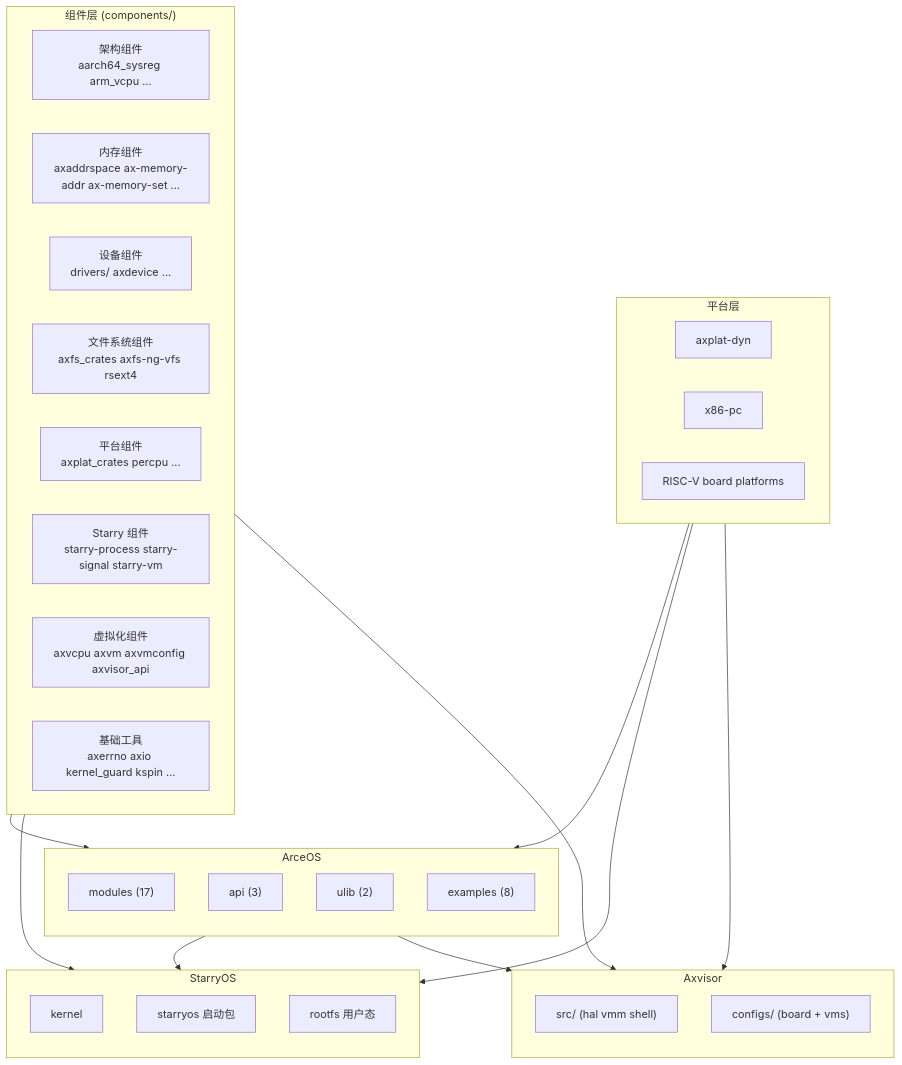
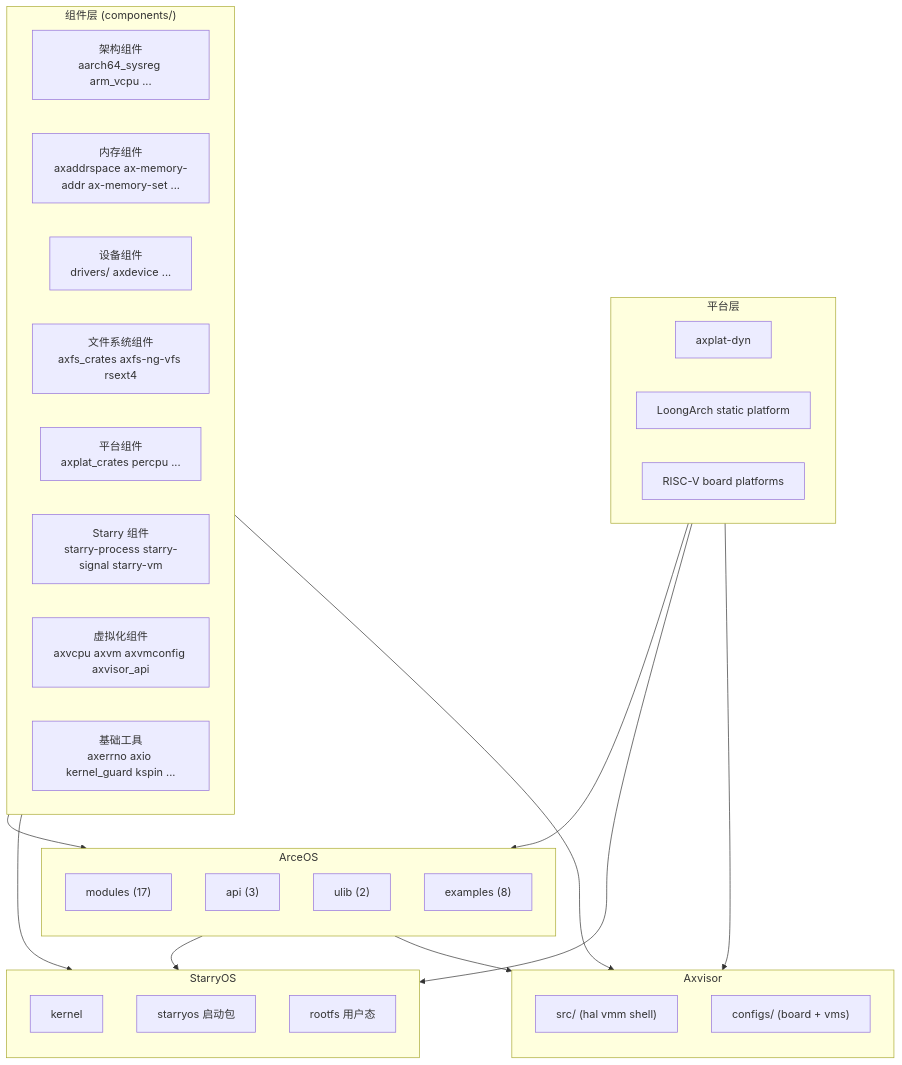
The first of 2 diagrams in docs/docs/architecture/overview.md (rcore-os/tgoskits), drawn with Mermaid before and after one commit. The commit also changed other lines of this file and 69 other files, not shown here.

````diff
--- a/docs/docs/architecture/overview.md
+++ b/docs/docs/architecture/overview.md
@@ -10,51 +10,51 @@
 ```mermaid
 flowchart TD
     subgraph Components["组件层 (components/)"]
         direction LR
         C1["架构组件<br/>aarch64_sysreg arm_vcpu ..."]
         C2["内存组件<br/>axaddrspace ax-memory-addr ax-memory-set ..."]
         C3["设备组件<br/>drivers/ axdevice ..."]
         C4["文件系统组件<br/>axfs_crates axfs-ng-vfs rsext4"]
         C5["平台组件<br/>axplat_crates percpu ..."]
         C6["Starry 组件<br/>starry-process starry-signal starry-vm"]
         C7["虚拟化组件<br/>axvcpu axvm axvmconfig axvisor_api"]
         C8["基础工具<br/>axerrno axio kernel_guard kspin ..."]
     end
 
     subgraph ArceOS["ArceOS"]
         direction TB
         AM["modules (17)"]
         AA["api (3)"]
         AU["ulib (2)"]
         AX["examples (8)"]
     end
 
     subgraph StarryOS["StarryOS"]
         direction TB
         SK["kernel"]
         SP["starryos 启动包"]
         SR["rootfs 用户态"]
     end
 
     subgraph Axvisor["Axvisor"]
         direction TB
         AV["src/ (hal vmm shell)"]
         AC["configs/ (board + vms)"]
     end
 
     subgraph Platform["平台层"]
         direction LR
         P1["axplat-dyn"]
-        P2["x86-pc"]
+        P2["LoongArch static platform"]
         P3["RISC-V board platforms"]
     end
 
     Components --> ArceOS
     Components --> StarryOS
     Components --> Axvisor
     ArceOS --> StarryOS
     ArceOS --> Axvisor
     Platform --> ArceOS
     Platform --> StarryOS
     Platform --> Axvisor
 ```
````
